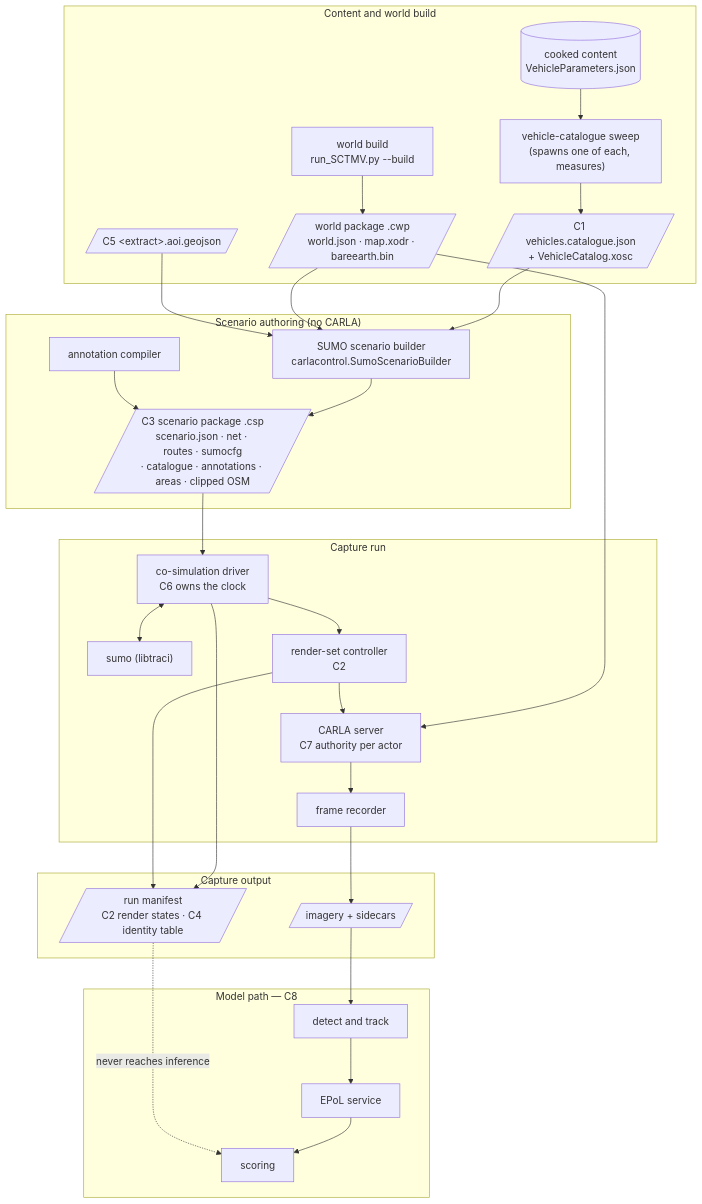
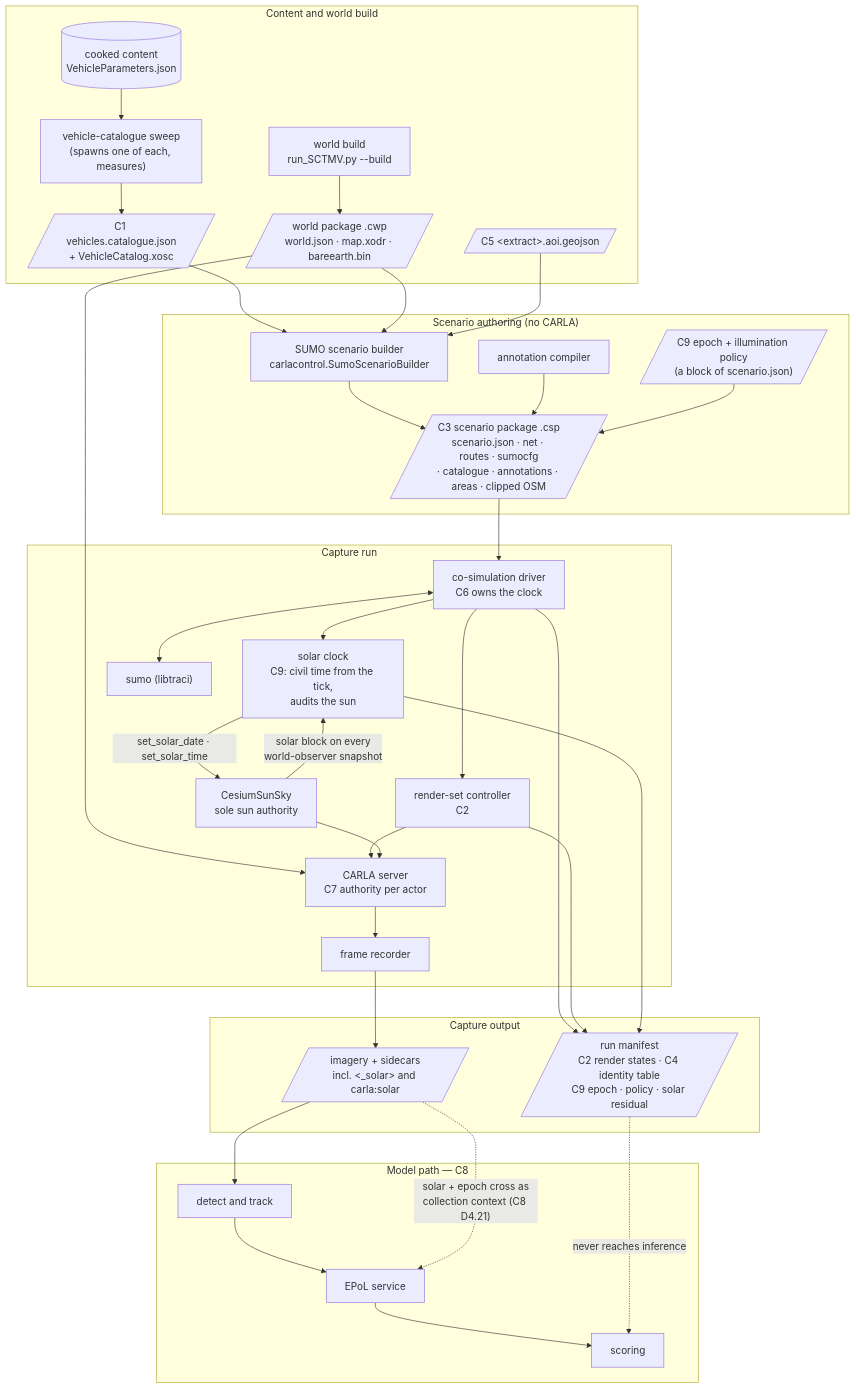
The first of 6 diagrams in Docs/CAT_Research/Plans/SUMO_Behavioral_Capture/04_Contracts.md (sbrett9/carla), drawn with Mermaid before and after one commit. The commit also changed other lines of this file and 15 other files, not shown here.

````diff
--- a/Docs/CAT_Research/Plans/SUMO_Behavioral_Capture/04_Contracts.md
+++ b/Docs/CAT_Research/Plans/SUMO_Behavioral_Capture/04_Contracts.md
@@ -82,55 +119,65 @@
 ```mermaid
 flowchart TB
   subgraph build["Content and world build"]
     CONTENT[("cooked content<br/>VehicleParameters.json")]
     SWEEP["vehicle-catalogue sweep<br/>(spawns one of each, measures)"]
     CAT[/"C1 vehicles.catalogue.json<br/>+ VehicleCatalog.xosc"/]
     WORLDGEN["world build<br/>run_SCTMV.py --build"]
     CWP[/"world package .cwp<br/>world.json · map.xodr · bareearth.bin"/]
     AOI[/"C5 &lt;extract&gt;.aoi.geojson"/]
   end
 
   subgraph author["Scenario authoring (no CARLA)"]
     BUILDER["SUMO scenario builder<br/>carlacontrol.SumoScenarioBuilder"]
     ANNOT["annotation compiler"]
+    EPOCH[/"C9 epoch + illumination policy<br/>(a block of scenario.json)"/]
     CSP[/"C3 scenario package .csp<br/>scenario.json · net · routes · sumocfg<br/>· catalogue · annotations · areas · clipped OSM"/]
   end
 
   subgraph run["Capture run"]
     DRIVER["co-simulation driver<br/>C6 owns the clock"]
+    CLOCK["solar clock<br/>C9: civil time from the tick,<br/>audits the sun"]
     SUMO["sumo (libtraci)"]
     RSC["render-set controller<br/>C2"]
     SERVER["CARLA server<br/>C7 authority per actor"]
+    SUN["CesiumSunSky<br/>sole sun authority"]
     REC["frame recorder"]
   end
 
   subgraph out["Capture output"]
-    IMG[/"imagery + sidecars"/]
-    MAN[/"run manifest<br/>C2 render states · C4 identity table"/]
+    IMG[/"imagery + sidecars<br/>incl. &lt;_solar&gt; and carla:solar"/]
+    MAN[/"run manifest<br/>C2 render states · C4 identity table<br/>C9 epoch · policy · solar residual"/]
   end
 
   subgraph epol["Model path — C8"]
     DT["detect and track"]
     EP["EPoL service"]
     SCORE["scoring"]
   end
 
   CONTENT --> SWEEP --> CAT
   WORLDGEN --> CWP
   CAT --> BUILDER
   CWP --> BUILDER
   AOI --> BUILDER
   BUILDER --> CSP
   ANNOT --> CSP
+  EPOCH --> CSP
   CSP --> DRIVER
   CWP --> SERVER
   DRIVER <--> SUMO
   DRIVER --> RSC
+  DRIVER --> CLOCK
+  CLOCK -->|"set_solar_date · set_solar_time"| SUN
+  SUN -->|"solar block on every<br/>world-observer snapshot"| CLOCK
   RSC --> SERVER
+  SUN --> SERVER
   SERVER --> REC
   REC --> IMG
   DRIVER --> MAN
   RSC --> MAN
+  CLOCK --> MAN
   IMG --> DT --> EP --> SCORE
+  IMG -. "solar + epoch cross as<br/>collection context (C8 D4.21)" .-> EP
   MAN -. "never reaches inference" .-> SCORE
 ```
````
